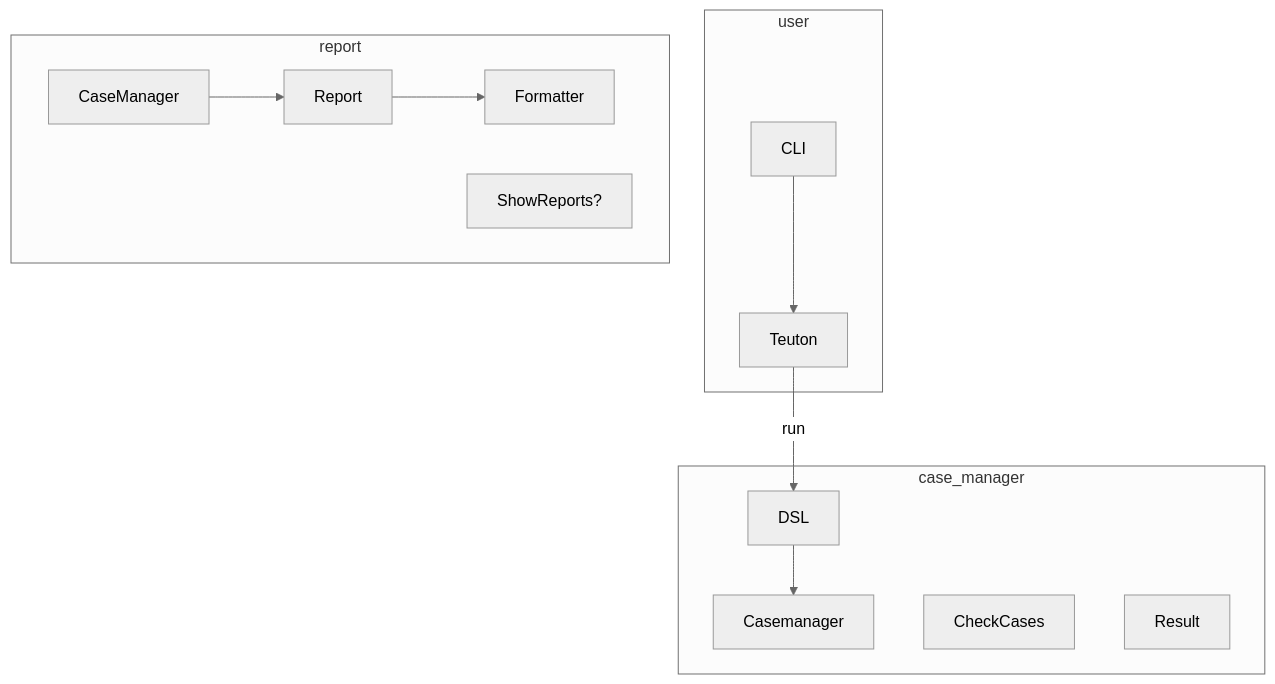
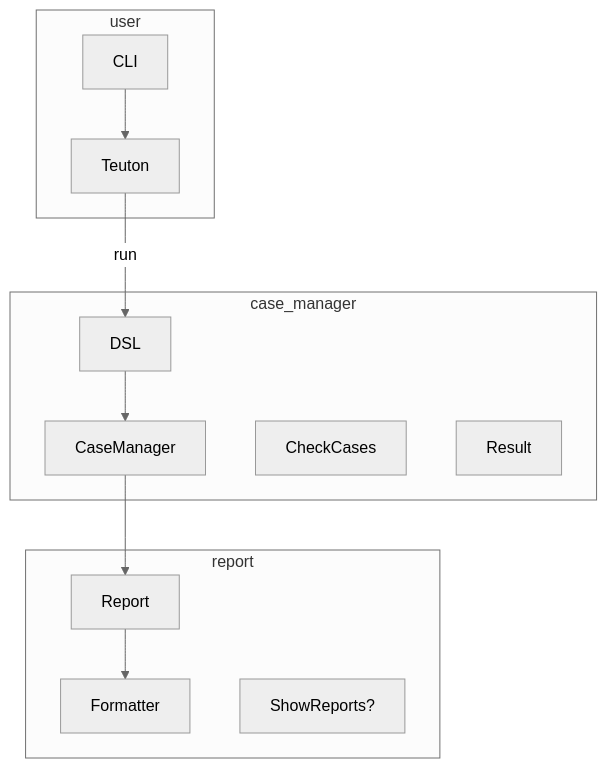
The second of 2 diagrams in docs/diagram.md (teuton-software/teuton), drawn with Mermaid (neutral theme) before and after one commit.

````diff
--- a/docs/diagram.md
+++ b/docs/diagram.md
@@ -43,21 +43,21 @@
 ```mermaid
 flowchart TB
 
 subgraph user
   CLI --> Teuton
 end
 
 subgraph case_manager
   Teuton -- run --> DSL
-  DSL --> Casemanager
+  DSL --> CaseManager
   CheckCases
   Result
 end
 
 subgraph report
   CaseManager --> Report
   Report --> Formatter
 
   ShowReports?
 end
 ```
````
